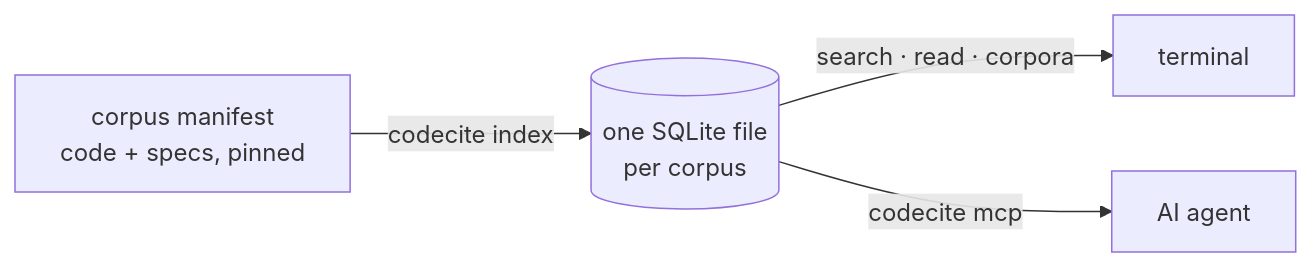
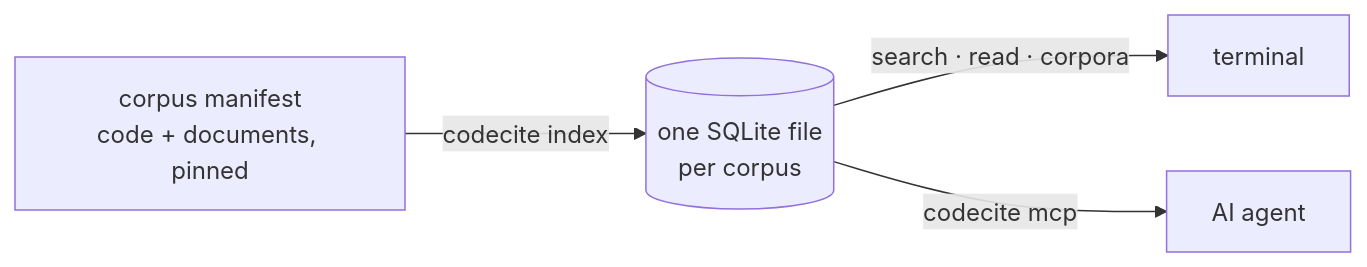
The diagram in README.md (jamescrowley321/codecite), drawn with Mermaid before and after one commit. The commit also changed other lines of this file and 1 other file, not shown here.

````diff
--- a/README.md
+++ b/README.md
@@ -11,6 +14,6 @@
 ```mermaid
 flowchart LR
-  M["corpus manifest<br/>code + specs, pinned"] -->|codecite index| DB[("one SQLite file<br/>per corpus")]
+  M["corpus manifest<br/>code + documents, pinned"] -->|codecite index| DB[("one SQLite file<br/>per corpus")]
   DB -->|search · read · corpora| CLI["terminal"]
   DB -->|codecite mcp| A["AI agent"]
 ```
````
